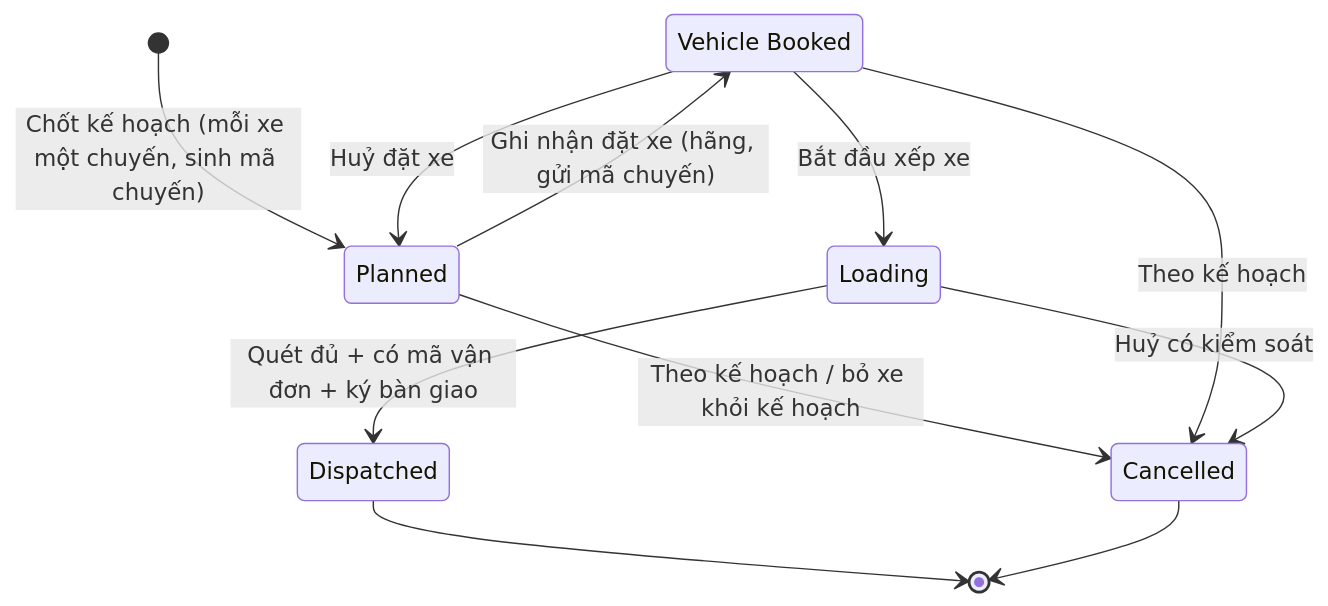
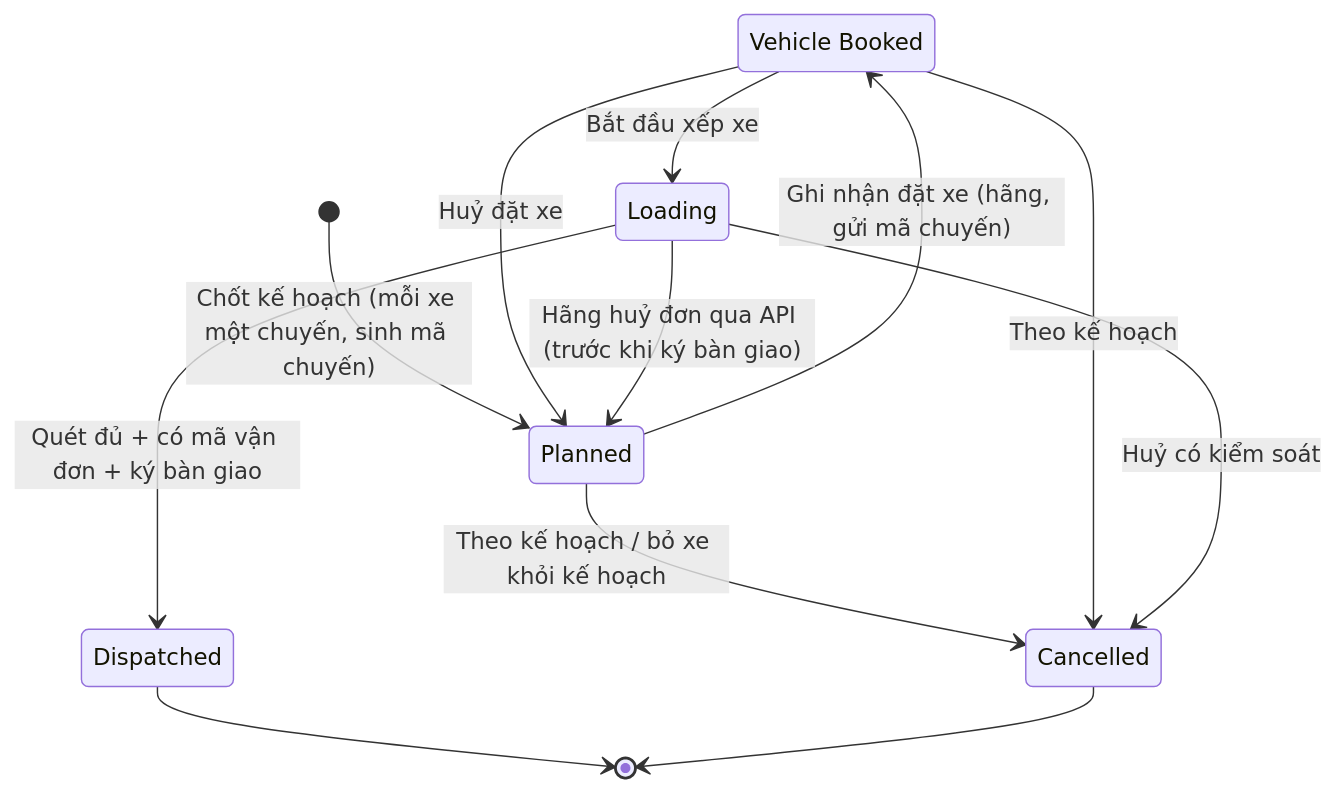
Before and after one commit to KLTN-FA26/docs: the second of 3 diagrams in docs/warehouse/09-shipping/README.md, drawn with Mermaid. The commit also changed other lines of this file and 2 other files, not shown here.

````diff
--- a/docs/warehouse/09-shipping/README.md
+++ b/docs/warehouse/09-shipping/README.md
@@ -426,15 +429,16 @@
 ```mermaid
 stateDiagram-v2
     state "Vehicle Booked" as VehicleBooked
 
     [*] --> Planned: Chốt kế hoạch (mỗi xe một chuyến, sinh mã chuyến)
     Planned --> VehicleBooked: Ghi nhận đặt xe (hãng, gửi mã chuyến)
     VehicleBooked --> Planned: Huỷ đặt xe
     VehicleBooked --> Loading: Bắt đầu xếp xe
     Loading --> Dispatched: Quét đủ + có mã vận đơn + ký bàn giao
+    Loading --> Planned: Hãng huỷ đơn qua API (trước khi ký bàn giao)
     Planned --> Cancelled: Theo kế hoạch / bỏ xe khỏi kế hoạch
     VehicleBooked --> Cancelled: Theo kế hoạch
     Loading --> Cancelled: Huỷ có kiểm soát
     Dispatched --> [*]
     Cancelled --> [*]
 ```
````
